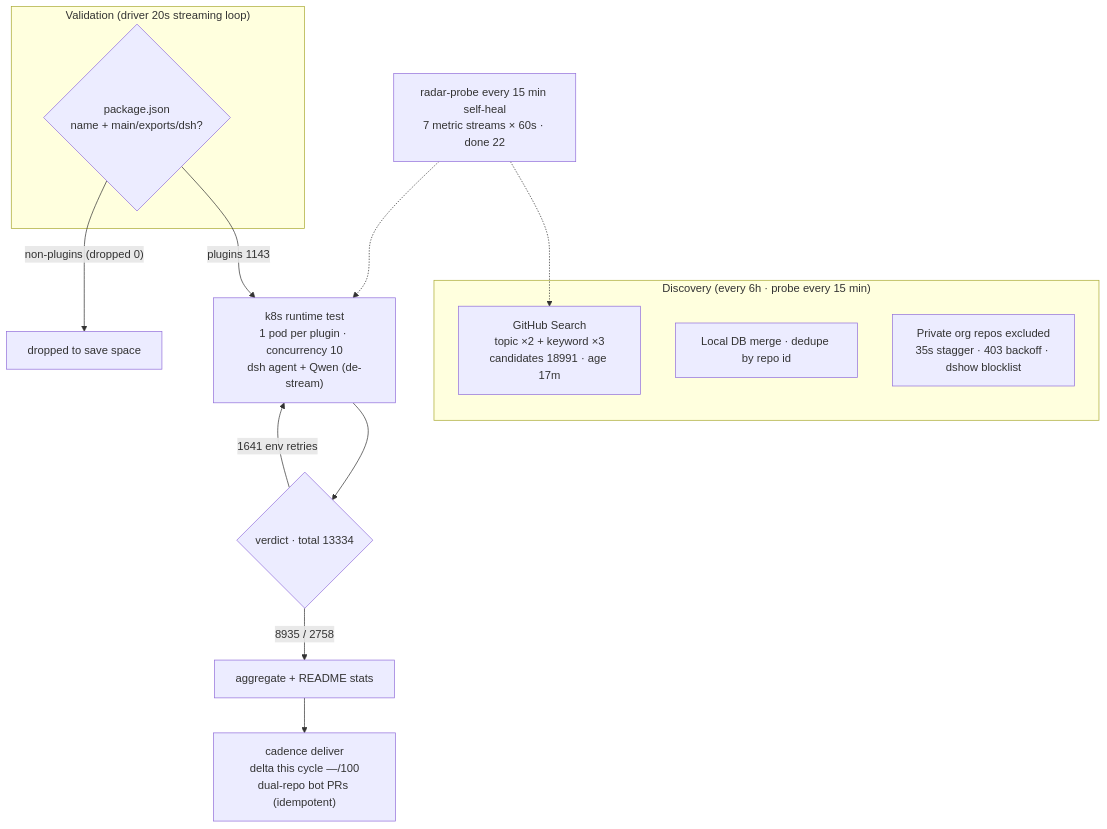
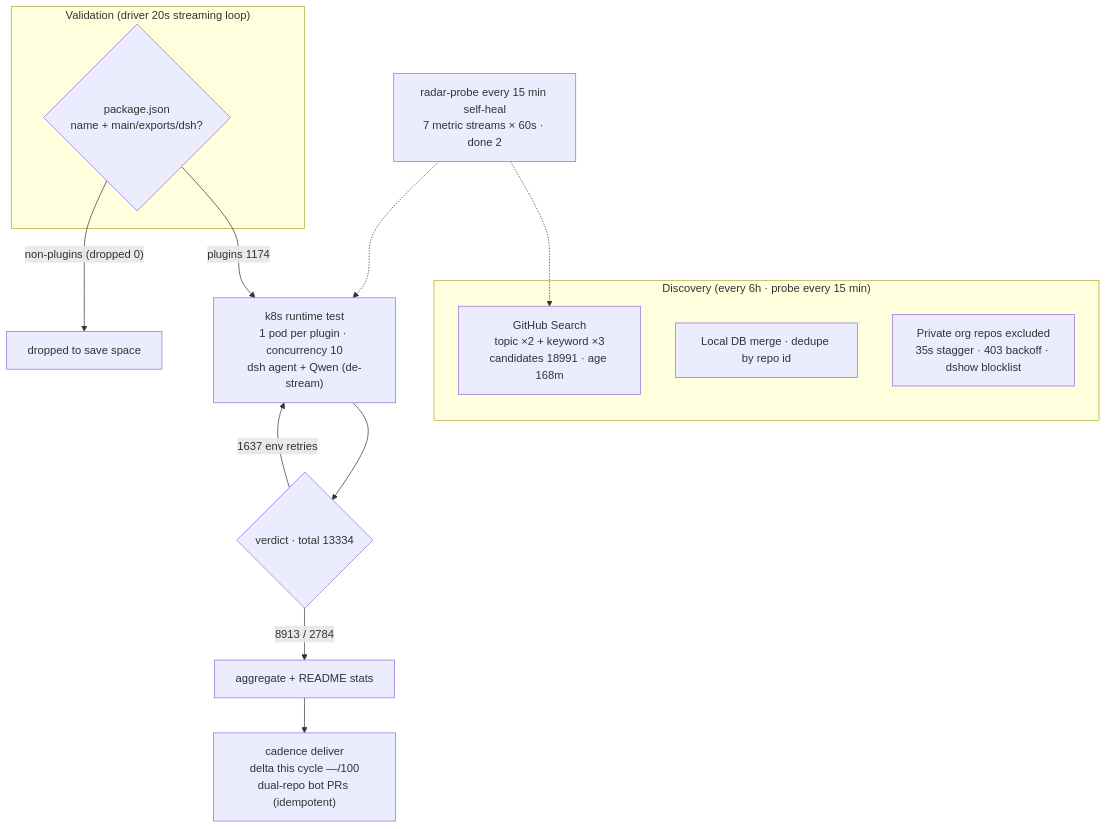
The diagram in README.en-US.md (Zhidao-Lab-OSS/awesome-dsh-plugins), drawn with Mermaid before and after one commit. The commit also changed other lines of this file and 1 other file, not shown here.

````diff
--- a/README.en-US.md
+++ b/README.en-US.md
@@ -45,20 +45,20 @@
 ```mermaid
 flowchart TB
     subgraph Discovery["Discovery (every 6h · probe every 15 min)"]
-        A1["GitHub Search<br/>topic ×2 + keyword ×3<br/>candidates 18991 · age 17m"]
+        A1["GitHub Search<br/>topic ×2 + keyword ×3<br/>candidates 18991 · age 168m"]
         A2["Local DB merge · dedupe by repo id"]
         A3["Private org repos excluded<br/>35s stagger · 403 backoff · dshow blocklist"]
     end
     subgraph Validation["Validation (driver 20s streaming loop)"]
         B1{"package.json<br/>name + main/exports/dsh?"}
     end
-    B1 -->|"plugins 1143"| C1["k8s runtime test<br/>1 pod per plugin · concurrency 10<br/>dsh agent + Qwen (de-stream)"]
+    B1 -->|"plugins 1174"| C1["k8s runtime test<br/>1 pod per plugin · concurrency 10<br/>dsh agent + Qwen (de-stream)"]
     B1 -->|"non-plugins (dropped 0)"| B3["dropped to save space"]
     C1 --> D1{"verdict · total 13334"}
-    D1 -->|"8935 / 2758"| E1["aggregate + README stats"]
-    D1 -->|"1641 env retries"| C1
+    D1 -->|"8913 / 2784"| E1["aggregate + README stats"]
+    D1 -->|"1637 env retries"| C1
     E1 --> E2["cadence deliver<br/>delta this cycle —/100<br/>dual-repo bot PRs (idempotent)"]
-    M["radar-probe every 15 min self-heal<br/>7 metric streams × 60s · done 22"]
+    M["radar-probe every 15 min self-heal<br/>7 metric streams × 60s · done 2"]
     M -.-> A1
     M -.-> C1
 ```
````
